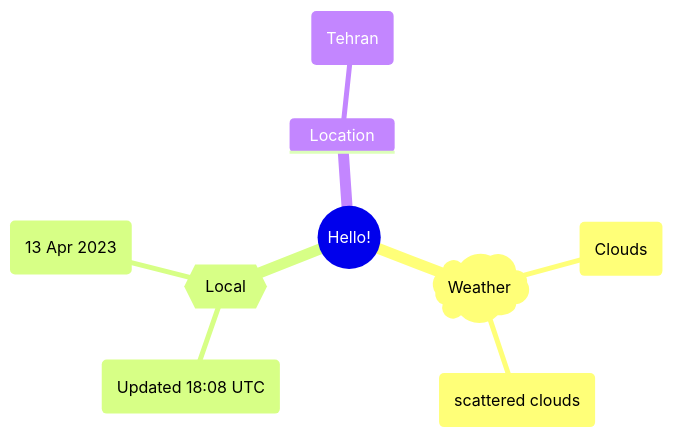
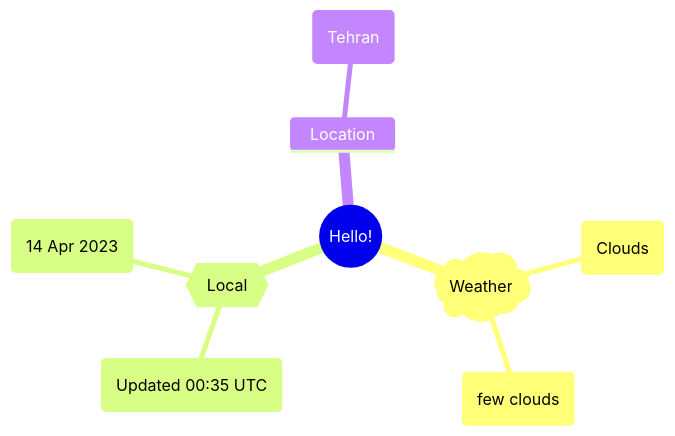
Before and after one commit to Xosrov/Xosrov: the first of 2 diagrams in README.md, drawn with Mermaid.

Commit message:
[bot] updated images

````diff
--- a/README.md
+++ b/README.md
@@ -3,12 +3,12 @@
 ```mermaid
 mindmap
   root((Hello!))
     )Weather(
         (Clouds)
-        (scattered clouds)
+        (few clouds)
     {{Local}}
-        (Updated 18:08 UTC)
-        (13 Apr 2023)
+        (Updated 00:35 UTC)
+        (14 Apr 2023)
     Location
         (Tehran)
 ```
````
